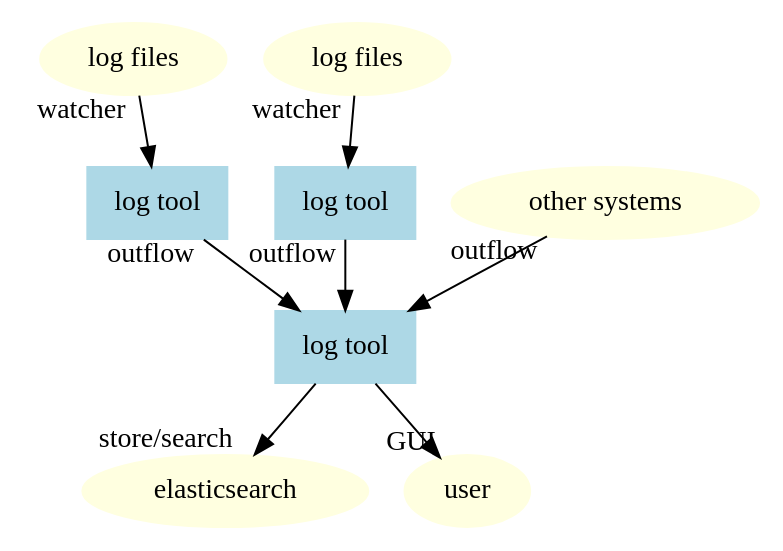
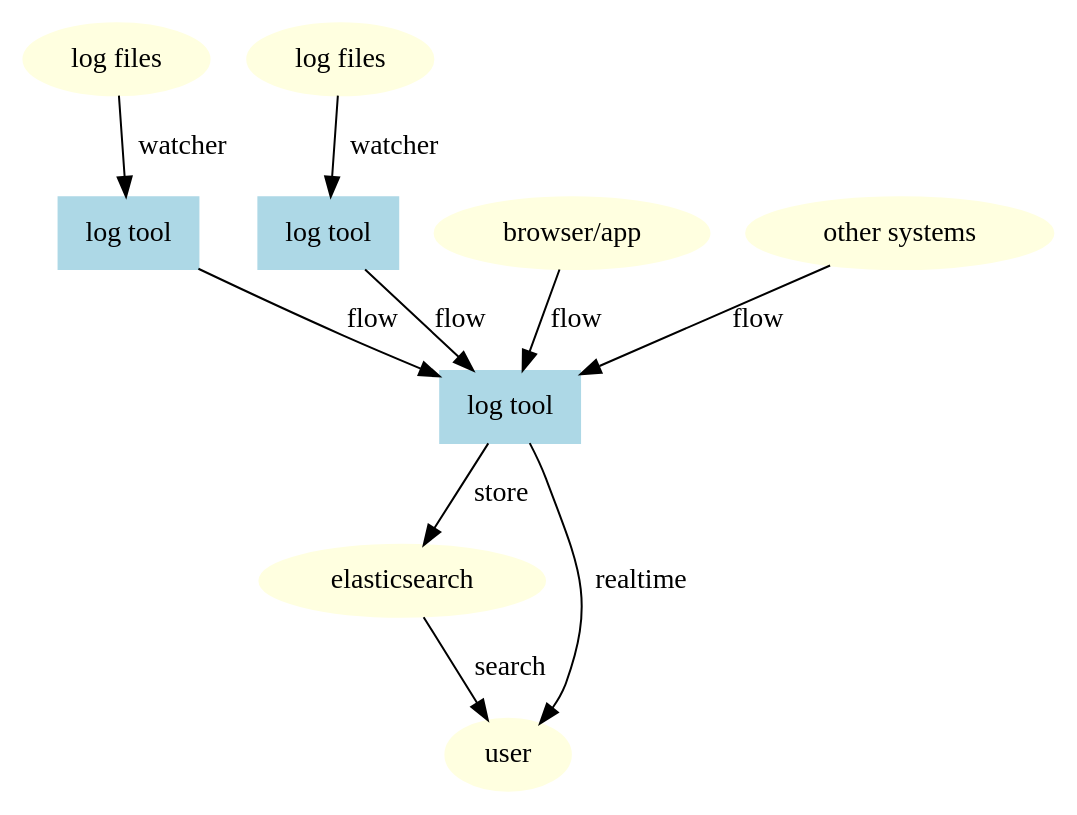
One commit to plantain-00/log-tool changed the diagram in architecture.dot. Above: the diagram before and after it, drawn with Graphviz. The commit also changed 6 other files, not shown here.

Commit message:
update architecture and add fallback of inflow websocket

```diff
--- a/architecture.dot
+++ b/architecture.dot
@@ -1,18 +1,21 @@
 digraph architecture {
-    log_files_1 -> log_tool_1 [taillabel="watcher"]
-    log_files_2 -> log_tool_2 [taillabel="watcher"]
-    log_tool_1 -> log_tool_0 [taillabel="outflow"]
-    log_tool_2 -> log_tool_0 [taillabel="outflow"]
-    other_systems -> log_tool_0 [taillabel="outflow"]
-    log_tool_0 -> elasticsearch [headlabel="store/search"]
-    log_tool_0 -> user [headlabel="GUI"]
+    log_files_1 -> log_tool_1 [label="watcher"]
+    log_files_2 -> log_tool_2 [label="watcher"]
+    log_tool_1 -> log_tool_0 [label="flow"]
+    log_tool_2 -> log_tool_0 [label="flow"]
+    front_end -> log_tool_0 [label="flow"]
+    other_systems -> log_tool_0 [label="flow"]
+    log_tool_0 -> elasticsearch [label="store"]
+    log_tool_0 -> user [label="realtime"]
+    elasticsearch -> user [label="search"]
 
     log_files_1[color = lightyellow, label = "log files", style = filled]
     log_files_2[color = lightyellow, label = "log files", style = filled]
     elasticsearch[color = lightyellow, style = filled]
     user[color = lightyellow, style = filled]
     other_systems[color = lightyellow, label = "other systems", style = filled]
+    front_end[color = lightyellow, label = "browser/app", style = filled]
     log_tool_1[shape = box, color = lightblue, label = "log tool", style = filled]
     log_tool_2[shape = box, color = lightblue, label = "log tool", style = filled]
     log_tool_0[shape = box, color = lightblue, label = "log tool", style = filled]
 }
```
